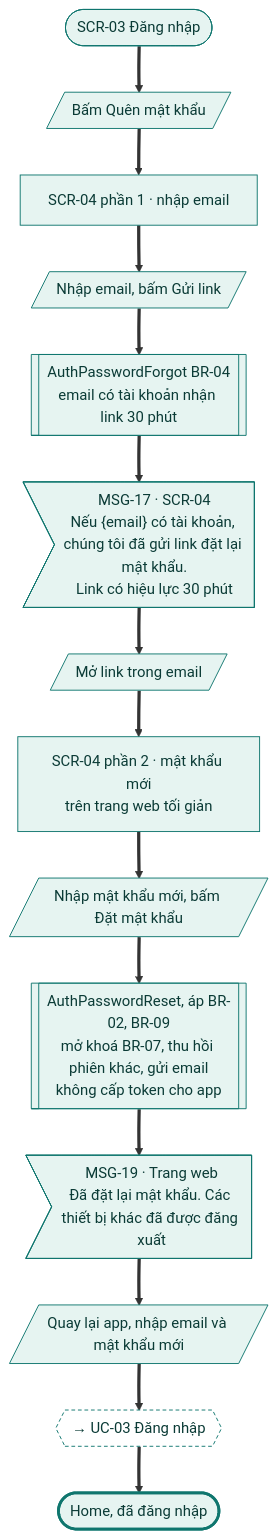
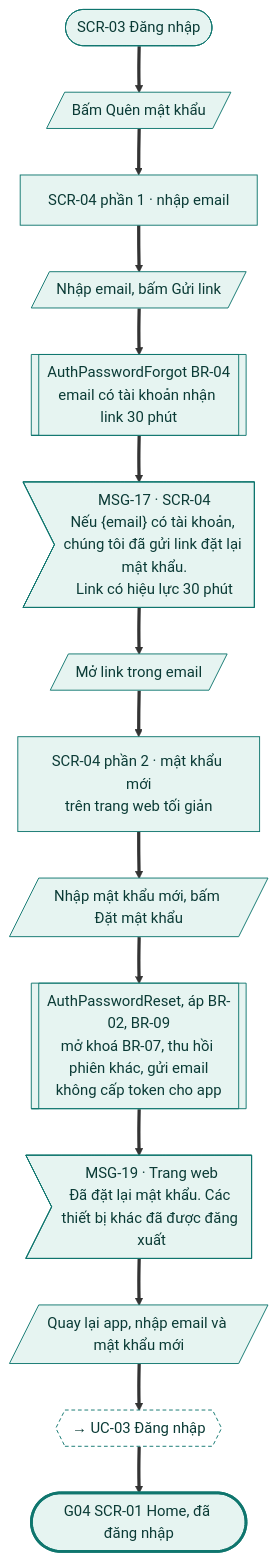
One commit to tannguyenho/personal-app changed the ninth of 27 diagrams in docs/design-brief/flow/g01-tai-khoan.md. Above: the diagram before and after it, drawn with Mermaid. The commit also changed other lines of this file and 6 other files, not shown here.

First line of the commit message:
docs(G01, G10): áp quyết định PO 09/11 vào SRS, PRD, flow; IA trỏ mã mới

````diff
--- a/docs/design-brief/flow/g01-tai-khoan.md
+++ b/docs/design-brief/flow/g01-tai-khoan.md
@@ -414,32 +414,32 @@
 ```mermaid
 flowchart TD
   start(["SCR-03 Đăng nhập"])
   u1[/"Bấm Quên mật khẩu"/]
   s1["SCR-04 phần 1 · nhập email"]
   u2[/"Nhập email, bấm Gửi link"/]
   p1[["AuthPasswordForgot BR-04<br/>email có tài khoản nhận link 30 phút"]]
   m1>"MSG-17 · SCR-04<br/>Nếu {email} có tài khoản, chúng tôi đã gửi link đặt lại mật khẩu.<br/>Link có hiệu lực 30 phút"]
   u3[/"Mở link trong email"/]
   s2["SCR-04 phần 2 · mật khẩu mới<br/>trên trang web tối giản"]
   u4[/"Nhập mật khẩu mới, bấm Đặt mật khẩu"/]
   p2[["AuthPasswordReset, áp BR-02, BR-09<br/>mở khoá BR-07, thu hồi phiên khác, gửi email<br/>không cấp token cho app"]]
   m2>"MSG-19 · Trang web<br/>Đã đặt lại mật khẩu. Các thiết bị khác đã được đăng xuất"]
   u5[/"Quay lại app, nhập email và mật khẩu mới"/]
   x1{{"→ UC-03 Đăng nhập"}}
-  ok(["Home, đã đăng nhập"])
+  ok(["G04 SCR-01 Home, đã đăng nhập"])
 
   start ==> u1 ==> s1 ==> u2 ==> p1 ==> m1 ==> u3 ==> s2 ==> u4 ==> p2 ==> m2 ==> u5 ==> x1 ==> ok
 
   class start,u1,s1,u2,p1,m1,u3,s2,u4,p2,m2,u5 happy
   class x1 link
   class ok done
   classDef happy fill:#E6F4F1,stroke:#0F766E,color:#0B3B36
   classDef alt fill:#F1F3F5,stroke:#6B7280,color:#1F2937
   classDef err fill:#FDECEC,stroke:#B42318,color:#5C1010
   classDef warn fill:#FEF4E2,stroke:#B45309,color:#4A2604
   classDef ai fill:#F1ECFD,stroke:#6D28D9,color:#2E1065
   classDef sync fill:#FFFFFF,stroke:#6B7280,stroke-dasharray:4 3,color:#1F2937
   classDef link fill:#FFFFFF,stroke:#0F766E,stroke-dasharray:4 3,color:#0B3B36
   classDef done fill:#E6F4F1,stroke:#0F766E,stroke-width:3px,color:#0B3B36
   classDef fail fill:#FDECEC,stroke:#B42318,stroke-width:3px,color:#5C1010
 ```
````
